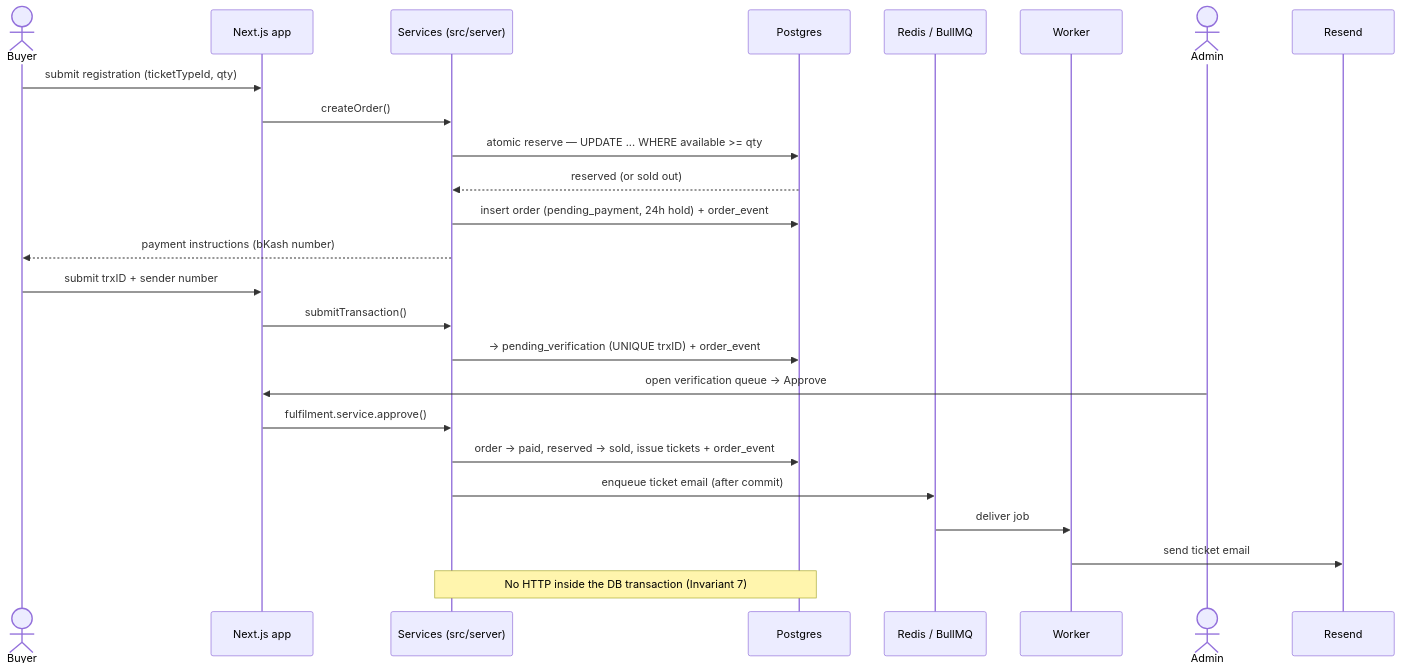
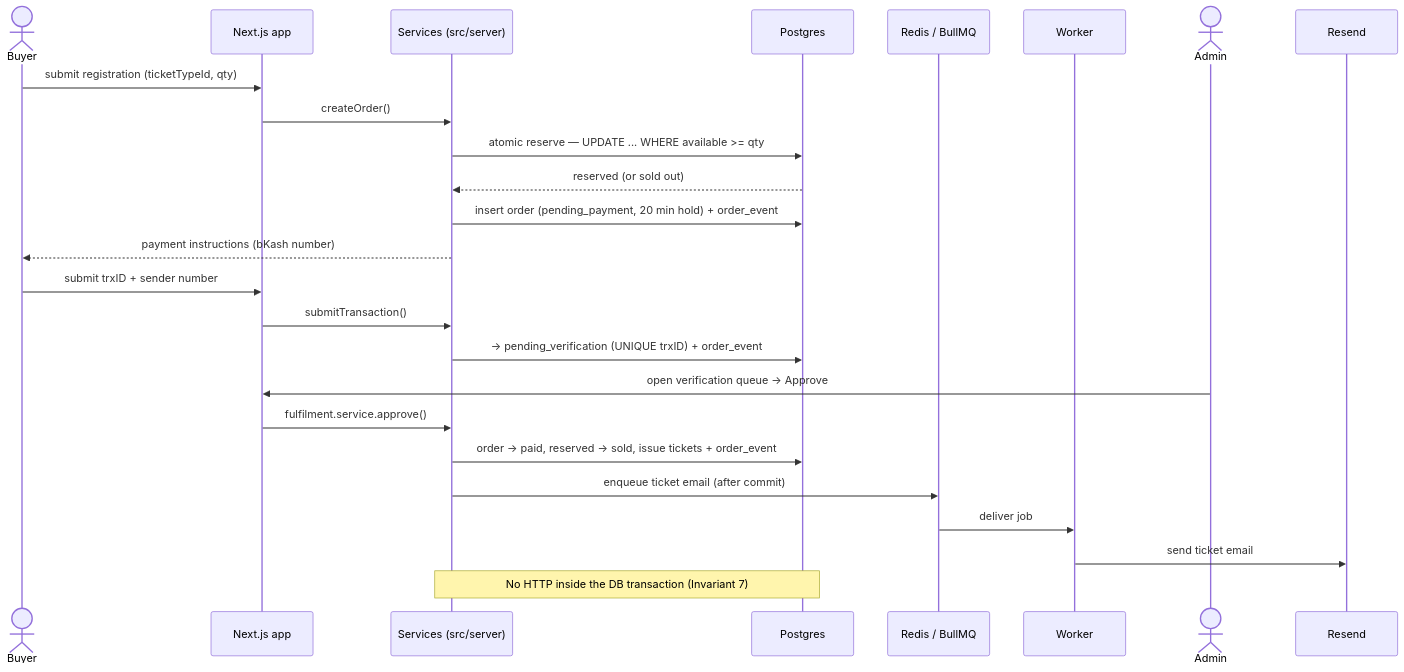
Before and after one commit to Ashfak-Hossain/EchoAndAura: the fifth of 5 diagrams in docs/DIAGRAMS.md, drawn with Mermaid. The commit also changed other lines of this file and 53 other files, not shown here.

````diff
--- a/docs/DIAGRAMS.md
+++ b/docs/DIAGRAMS.md
@@ -292,28 +294,28 @@
 ```mermaid
 sequenceDiagram
     actor Buyer
     participant Web as Next.js app
     participant Svc as Services (src/server)
     participant DB as Postgres
     participant Q as Redis / BullMQ
     participant W as Worker
     actor Admin
     participant Email as Resend
 
     Buyer->>Web: submit registration (ticketTypeId, qty)
     Web->>Svc: createOrder()
     Svc->>DB: atomic reserve — UPDATE ... WHERE available >= qty
     DB-->>Svc: reserved (or sold out)
-    Svc->>DB: insert order (pending_payment, 24h hold) + order_event
+    Svc->>DB: insert order (pending_payment, 20 min hold) + order_event
     Svc-->>Buyer: payment instructions (bKash number)
     Buyer->>Web: submit trxID + sender number
     Web->>Svc: submitTransaction()
     Svc->>DB: → pending_verification (UNIQUE trxID) + order_event
     Admin->>Web: open verification queue → Approve
     Web->>Svc: fulfilment.service.approve()
     Svc->>DB: order → paid, reserved → sold, issue tickets + order_event
     Svc->>Q: enqueue ticket email (after commit)
     Q->>W: deliver job
     W->>Email: send ticket email
     Note over Svc,DB: No HTTP inside the DB transaction (Invariant 7)
 ```
````
